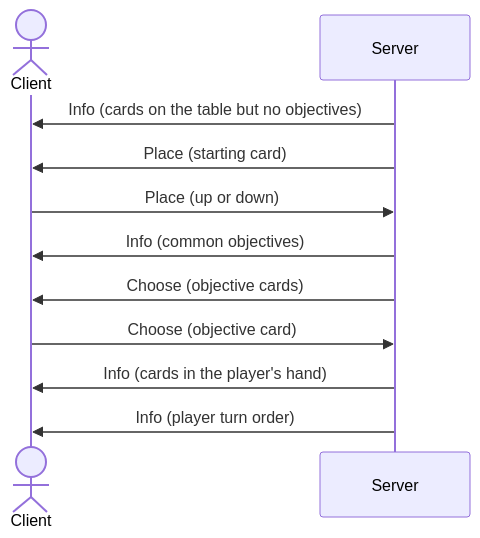
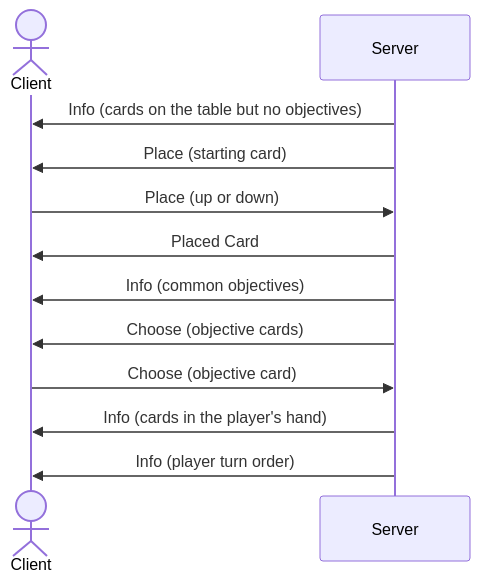
One commit to TheCaptainCraken/IS24-AM26 changed the second of 4 diagrams in deliverables/connection-serius.md. Above: the diagram before and after it, drawn with Mermaid. The commit also changed other lines of this file and 1 other file, not shown here.

Commit message:
update of uml

````diff
--- a/deliverables/connection-serius.md
+++ b/deliverables/connection-serius.md
@@ -28,12 +47,13 @@
 ```mermaid
 sequenceDiagram
     actor Client
     Server ->> Client: Info (cards on the table but no objectives)
     Server ->> Client: Place (starting card)
     Client ->> Server: Place (up or down)
+    Server ->> Client: Placed Card
     Server ->> Client: Info (common objectives)
     Server ->> Client: Choose (objective cards)
     Client ->> Server: Choose (objective card)
     Server ->> Client: Info (cards in the player's hand)
     Server ->> Client: Info (player turn order)
 ```
````
